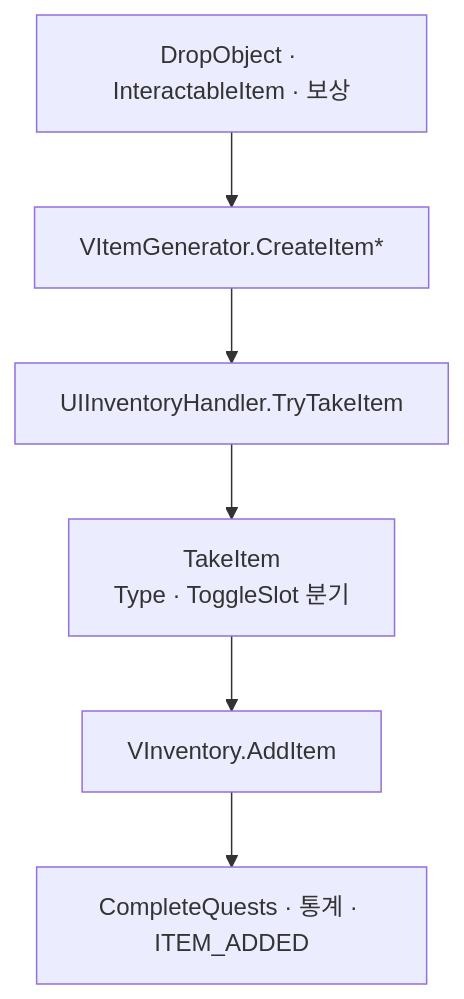
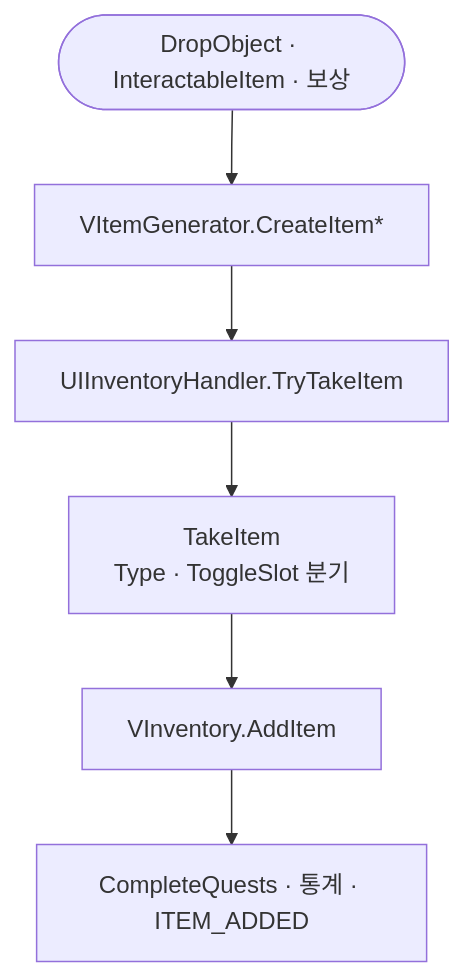
Before and after one commit to monet5379/monet5379.github.io: the diagram in notes/dragon-inventory-store.md, drawn with Mermaid. The commit also changed 8 other files, not shown here.

Commit message:
fix(notes): dragon monster·relic·inventory Mermaid visual

````diff
--- a/notes/dragon-inventory-store.md
+++ b/notes/dragon-inventory-store.md
@@ -74,8 +74,9 @@
 ```mermaid
 flowchart TD
-  W["DropObject · InteractableItem · 보상"] --> G["VItemGenerator.CreateItem*"]
+  W(["DropObject · InteractableItem · 보상"])
+  W --> G["VItemGenerator.CreateItem*"]
   G --> T["UIInventoryHandler.TryTakeItem"]
   T --> TK["TakeItem<br/>Type · ToggleSlot 분기"]
   TK --> AD["VInventory.AddItem"]
   AD --> E["CompleteQuests · 통계 · ITEM_ADDED"]
 ```
````
